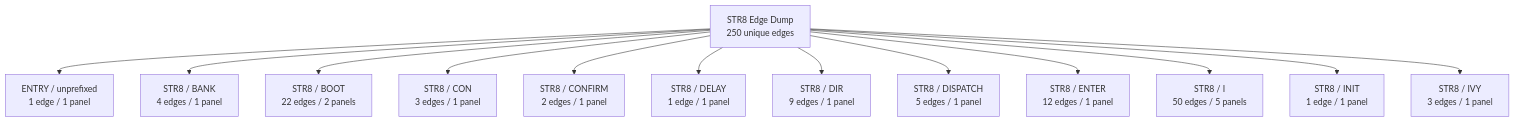
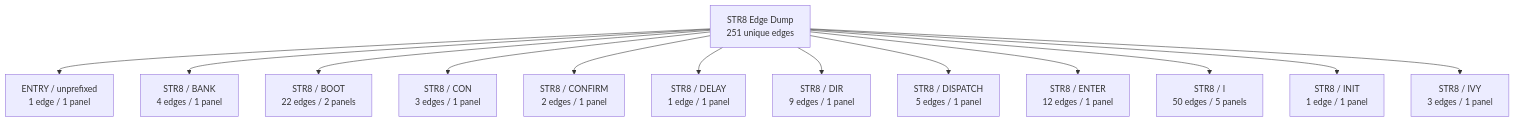
The first of 42 diagrams in DOC/GUIDES/STR8/STR8_EDGE_DUMP.md (95westus/R-YORS), drawn with Mermaid before and after one commit. The commit also changed other lines of this file and 65 other files, not shown here.

````diff
--- a/DOC/GUIDES/STR8/STR8_EDGE_DUMP.md
+++ b/DOC/GUIDES/STR8/STR8_EDGE_DUMP.md
@@ -26,15 +26,15 @@
 ```mermaid
 flowchart TD
-    EDGE_ATLAS_ROOT_0["STR8 Edge Dump<br/>250 unique edges"] --> EDGE_FAMILY_0_0["ENTRY / unprefixed<br/>1 edge / 1 panel"]
-    EDGE_ATLAS_ROOT_0["STR8 Edge Dump<br/>250 unique edges"] --> EDGE_FAMILY_0_1["STR8 / BANK<br/>4 edges / 1 panel"]
-    EDGE_ATLAS_ROOT_0["STR8 Edge Dump<br/>250 unique edges"] --> EDGE_FAMILY_0_2["STR8 / BOOT<br/>22 edges / 2 panels"]
-    EDGE_ATLAS_ROOT_0["STR8 Edge Dump<br/>250 unique edges"] --> EDGE_FAMILY_0_3["STR8 / CON<br/>3 edges / 1 panel"]
-    EDGE_ATLAS_ROOT_0["STR8 Edge Dump<br/>250 unique edges"] --> EDGE_FAMILY_0_4["STR8 / CONFIRM<br/>2 edges / 1 panel"]
-    EDGE_ATLAS_ROOT_0["STR8 Edge Dump<br/>250 unique edges"] --> EDGE_FAMILY_0_5["STR8 / DELAY<br/>1 edge / 1 panel"]
-    EDGE_ATLAS_ROOT_0["STR8 Edge Dump<br/>250 unique edges"] --> EDGE_FAMILY_0_6["STR8 / DIR<br/>9 edges / 1 panel"]
-    EDGE_ATLAS_ROOT_0["STR8 Edge Dump<br/>250 unique edges"] --> EDGE_FAMILY_0_7["STR8 / DISPATCH<br/>5 edges / 1 panel"]
-    EDGE_ATLAS_ROOT_0["STR8 Edge Dump<br/>250 unique edges"] --> EDGE_FAMILY_0_8["STR8 / ENTER<br/>12 edges / 1 panel"]
-    EDGE_ATLAS_ROOT_0["STR8 Edge Dump<br/>250 unique edges"] --> EDGE_FAMILY_0_9["STR8 / I<br/>50 edges / 5 panels"]
-    EDGE_ATLAS_ROOT_0["STR8 Edge Dump<br/>250 unique edges"] --> EDGE_FAMILY_0_10["STR8 / INIT<br/>1 edge / 1 panel"]
-    EDGE_ATLAS_ROOT_0["STR8 Edge Dump<br/>250 unique edges"] --> EDGE_FAMILY_0_11["STR8 / IVY<br/>3 edges / 1 panel"]
+    EDGE_ATLAS_ROOT_0["STR8 Edge Dump<br/>251 unique edges"] --> EDGE_FAMILY_0_0["ENTRY / unprefixed<br/>1 edge / 1 panel"]
+    EDGE_ATLAS_ROOT_0["STR8 Edge Dump<br/>251 unique edges"] --> EDGE_FAMILY_0_1["STR8 / BANK<br/>4 edges / 1 panel"]
+    EDGE_ATLAS_ROOT_0["STR8 Edge Dump<br/>251 unique edges"] --> EDGE_FAMILY_0_2["STR8 / BOOT<br/>22 edges / 2 panels"]
+    EDGE_ATLAS_ROOT_0["STR8 Edge Dump<br/>251 unique edges"] --> EDGE_FAMILY_0_3["STR8 / CON<br/>3 edges / 1 panel"]
+    EDGE_ATLAS_ROOT_0["STR8 Edge Dump<br/>251 unique edges"] --> EDGE_FAMILY_0_4["STR8 / CONFIRM<br/>2 edges / 1 panel"]
+    EDGE_ATLAS_ROOT_0["STR8 Edge Dump<br/>251 unique edges"] --> EDGE_FAMILY_0_5["STR8 / DELAY<br/>1 edge / 1 panel"]
+    EDGE_ATLAS_ROOT_0["STR8 Edge Dump<br/>251 unique edges"] --> EDGE_FAMILY_0_6["STR8 / DIR<br/>9 edges / 1 panel"]
+    EDGE_ATLAS_ROOT_0["STR8 Edge Dump<br/>251 unique edges"] --> EDGE_FAMILY_0_7["STR8 / DISPATCH<br/>5 edges / 1 panel"]
+    EDGE_ATLAS_ROOT_0["STR8 Edge Dump<br/>251 unique edges"] --> EDGE_FAMILY_0_8["STR8 / ENTER<br/>12 edges / 1 panel"]
+    EDGE_ATLAS_ROOT_0["STR8 Edge Dump<br/>251 unique edges"] --> EDGE_FAMILY_0_9["STR8 / I<br/>50 edges / 5 panels"]
+    EDGE_ATLAS_ROOT_0["STR8 Edge Dump<br/>251 unique edges"] --> EDGE_FAMILY_0_10["STR8 / INIT<br/>1 edge / 1 panel"]
+    EDGE_ATLAS_ROOT_0["STR8 Edge Dump<br/>251 unique edges"] --> EDGE_FAMILY_0_11["STR8 / IVY<br/>3 edges / 1 panel"]
 ```
````
